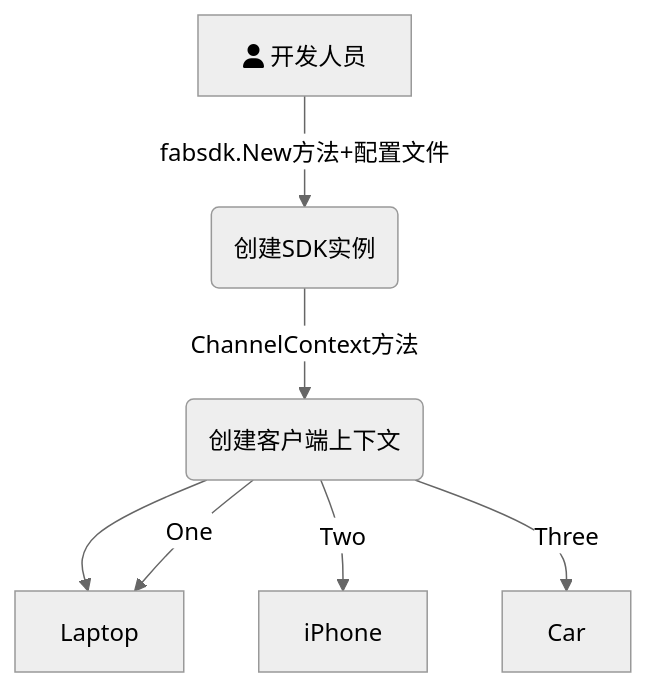
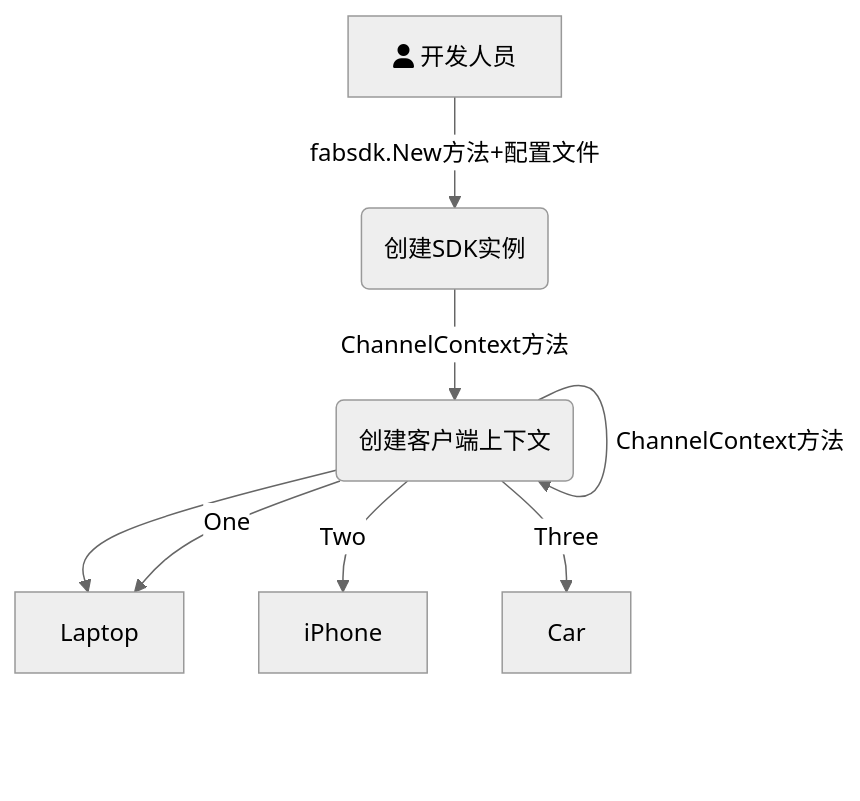
One commit to Utekichan/iodraw-files changed the diagram in all/未命名.md. Above: the diagram before and after it, drawn with Mermaid (neutral theme).

Commit message:
2024-03-30 22:12:56 update

````diff
--- a/all/未命名.md
+++ b/all/未命名.md
@@ -1,11 +1,11 @@
 ```mermaid
 graph TD
     A[fa:fa-user 开发人员] -->|fabsdk.New方法+配置文件| B(创建SDK实例)
     B-->|ChannelContext方法| C(创建客户端上下文)
-    
+    C-->|ChannelContext方法| C(创建客户端上下文)
     C --> D{Select}
     C -->|One| D[Laptop]
     C -->|Two| E[iPhone]
     C -->|Three| F[Car]
   
 ```
````
